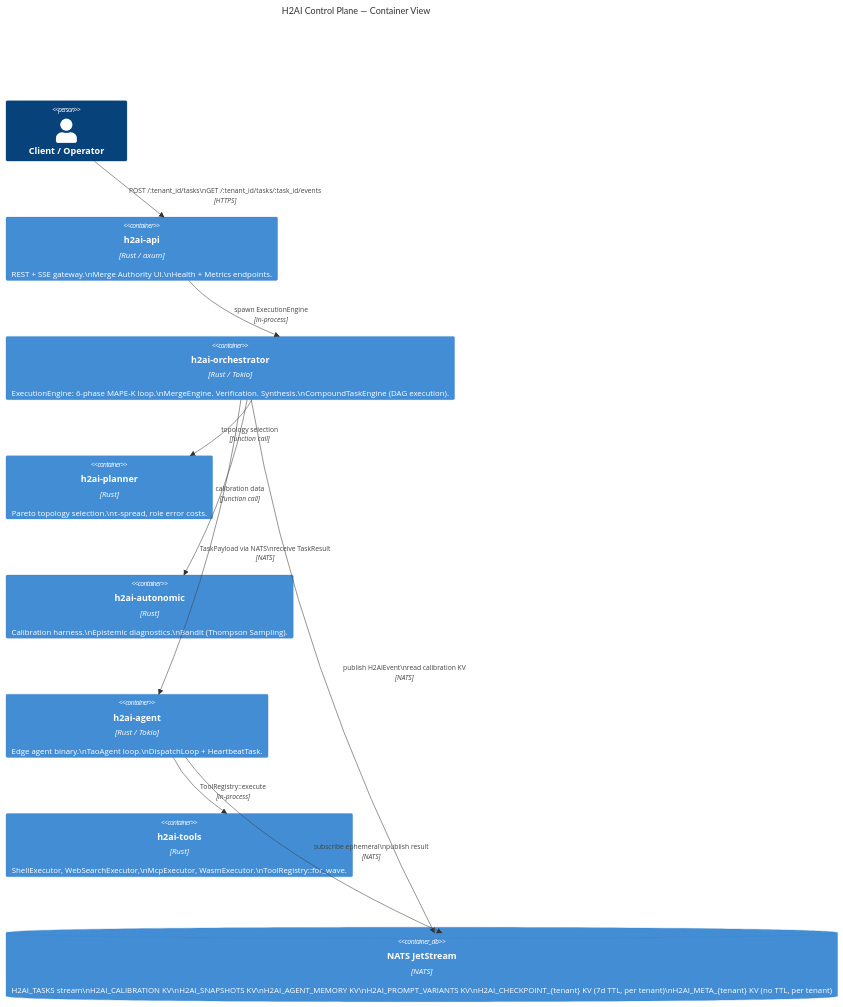
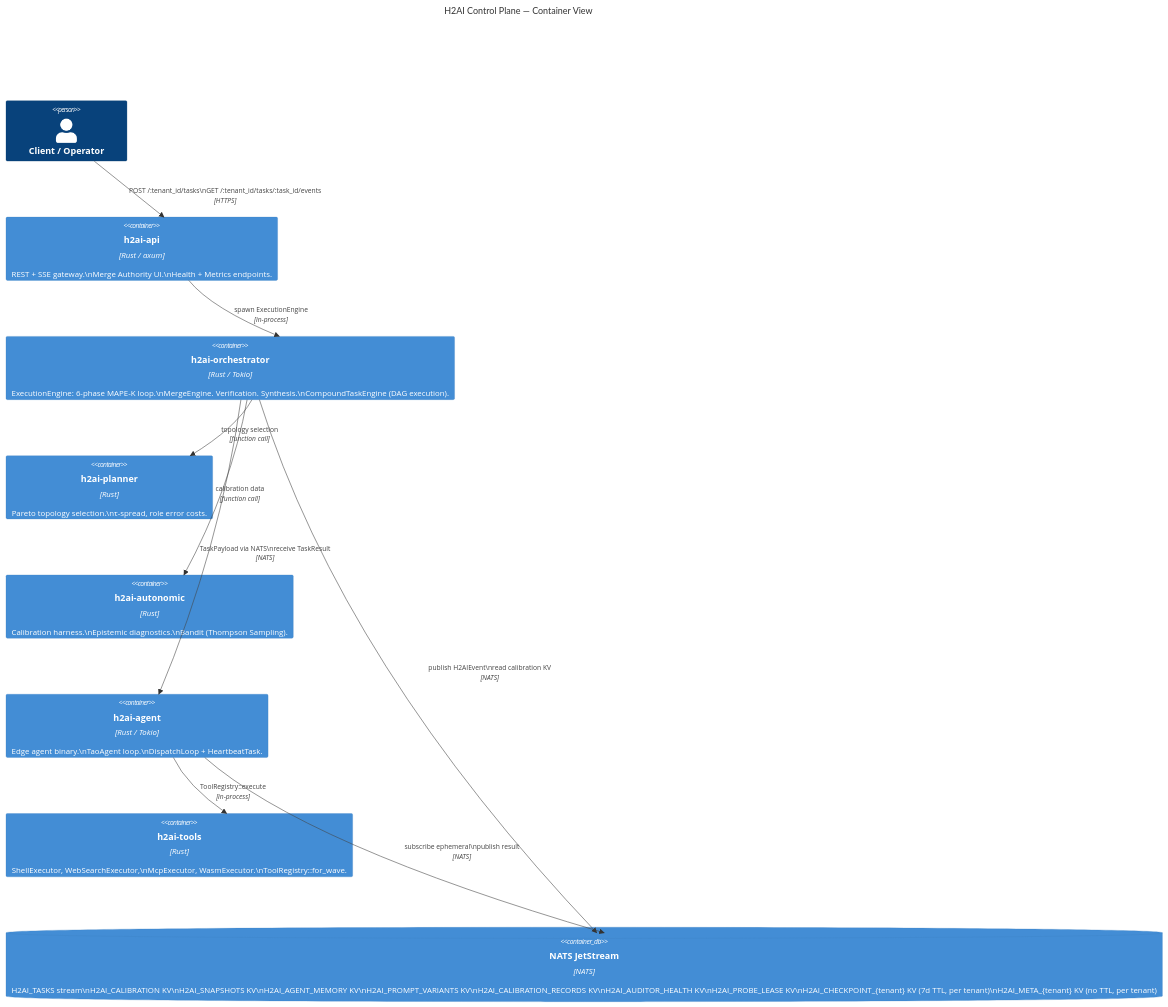
One commit to immediatus/h2ai-control-plane changed the second of 19 diagrams in docs/architecture/architecture.md. Above: the diagram before and after it, drawn with Mermaid. The commit also changed other lines of this file and 50 other files, not shown here.

````diff
--- a/docs/architecture/architecture.md
+++ b/docs/architecture/architecture.md
@@ -76,23 +76,23 @@
 ```mermaid
 C4Container
     title H2AI Control Plane — Container View
 
     Person(client, "Client / Operator")
 
     Container(api, "h2ai-api", "Rust / axum", "REST + SSE gateway.\nMerge Authority UI.\nHealth + Metrics endpoints.")
     Container(orchestrator, "h2ai-orchestrator", "Rust / Tokio", "ExecutionEngine: 6-phase MAPE-K loop.\nMergeEngine. Verification. Synthesis.\nCompoundTaskEngine (DAG execution).")
     Container(planner, "h2ai-planner", "Rust", "Pareto topology selection.\nτ-spread, role error costs.")
     Container(autonomic, "h2ai-autonomic", "Rust", "Calibration harness.\nEpistemic diagnostics.\nBandit (Thompson Sampling).")
     Container(agent, "h2ai-agent", "Rust / Tokio", "Edge agent binary.\nTaoAgent loop.\nDispatchLoop + HeartbeatTask.")
     Container(tools, "h2ai-tools", "Rust", "ShellExecutor, WebSearchExecutor,\nMcpExecutor, WasmExecutor.\nToolRegistry::for_wave.")
-    ContainerDb(nats_db, "NATS JetStream", "NATS", "H2AI_TASKS stream\nH2AI_CALIBRATION KV\nH2AI_SNAPSHOTS KV\nH2AI_AGENT_MEMORY KV\nH2AI_PROMPT_VARIANTS KV\nH2AI_CHECKPOINT_{tenant} KV (7d TTL, per tenant)\nH2AI_META_{tenant} KV (no TTL, per tenant)")
+    ContainerDb(nats_db, "NATS JetStream", "NATS", "H2AI_TASKS stream\nH2AI_CALIBRATION KV\nH2AI_SNAPSHOTS KV\nH2AI_AGENT_MEMORY KV\nH2AI_PROMPT_VARIANTS KV\nH2AI_CALIBRATION_RECORDS KV\nH2AI_AUDITOR_HEALTH KV\nH2AI_PROBE_LEASE KV\nH2AI_CHECKPOINT_{tenant} KV (7d TTL, per tenant)\nH2AI_META_{tenant} KV (no TTL, per tenant)")
 
     Rel(client, api, "POST /:tenant_id/tasks\nGET /:tenant_id/tasks/:task_id/events", "HTTPS")
     Rel(api, orchestrator, "spawn ExecutionEngine", "in-process")
     Rel(orchestrator, planner, "topology selection", "function call")
     Rel(orchestrator, autonomic, "calibration data", "function call")
     Rel(orchestrator, nats_db, "publish H2AIEvent\nread calibration KV", "NATS")
     Rel(orchestrator, agent, "TaskPayload via NATS\nreceive TaskResult", "NATS")
     Rel(agent, tools, "ToolRegistry::execute", "in-process")
     Rel(agent, nats_db, "subscribe ephemeral\npublish result", "NATS")
 ```
````
